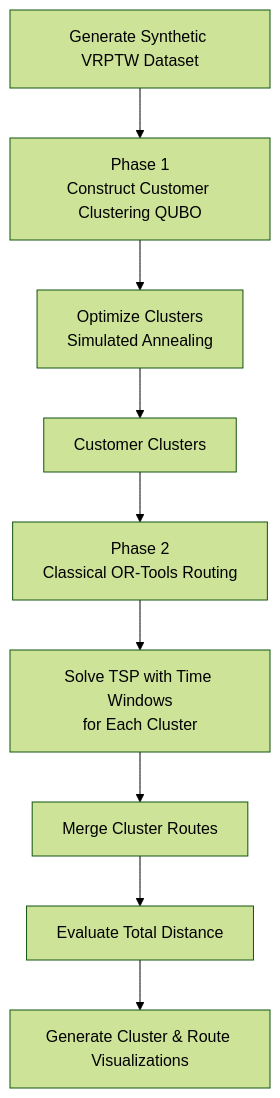
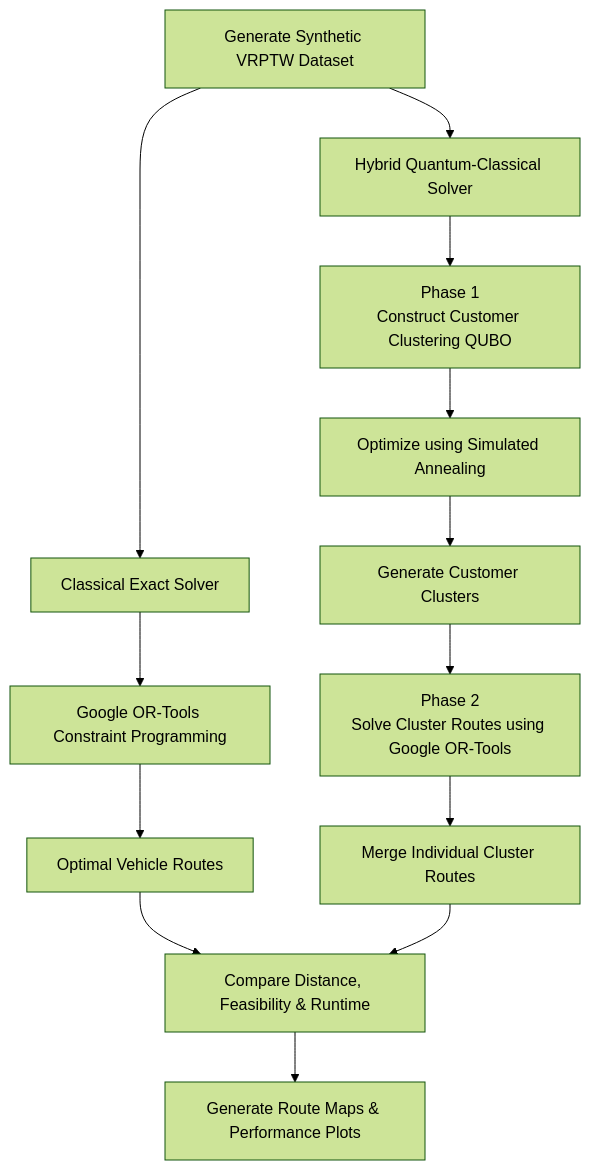
One commit to Prashik123/Qaig_optimization_screening changed the third of 3 diagrams in README.md. Above: the diagram before and after it, drawn with Mermaid (forest theme). The commit also changed other lines of this file, not shown here.

````diff
--- a/README.md
+++ b/README.md
@@ -173,21 +169,26 @@
 ```mermaid
 flowchart TD
 
 A[Generate Synthetic VRPTW Dataset]
 
-A --> B[Phase 1<br/>Construct Customer Clustering QUBO]
+A --> B1[Classical Exact Solver]
+A --> B2[Hybrid Quantum-Classical Solver]
 
-B --> C[Optimize Clusters<br/>Simulated Annealing]
+%% Classical Solver
+B1 --> C1[Google OR-Tools Constraint Programming]
+C1 --> D1[Optimal Vehicle Routes]
 
-C --> D[Customer Clusters]
+%% Hybrid Solver
+B2 --> C2[Phase 1<br/>Construct Customer Clustering QUBO]
+C2 --> D2[Optimize using Simulated Annealing]
+D2 --> E2[Generate Customer Clusters]
+E2 --> F2[Phase 2<br/>Solve Cluster Routes using Google OR-Tools]
+F2 --> G2[Merge Individual Cluster Routes]
 
-D --> E[Phase 2<br/>Classical OR-Tools Routing]
+%% Final Comparison
+D1 --> H[Compare Distance, Feasibility & Runtime]
+G2 --> H
 
-E --> F[Solve TSP with Time Windows<br/>for Each Cluster]
+H --> I[Generate Route Maps & Performance Plots]
 
-F --> G[Merge Cluster Routes]
-
-G --> H[Evaluate Total Distance]
-
-H --> I[Generate Cluster & Route Visualizations]
 ```
````
